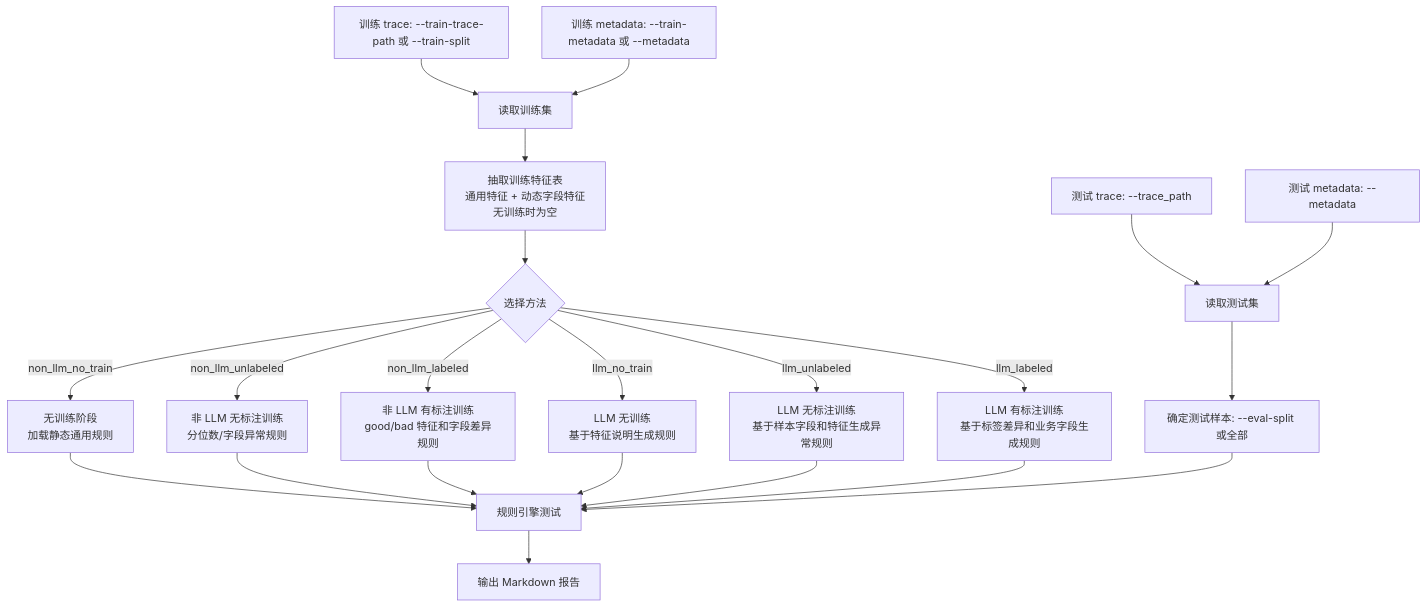
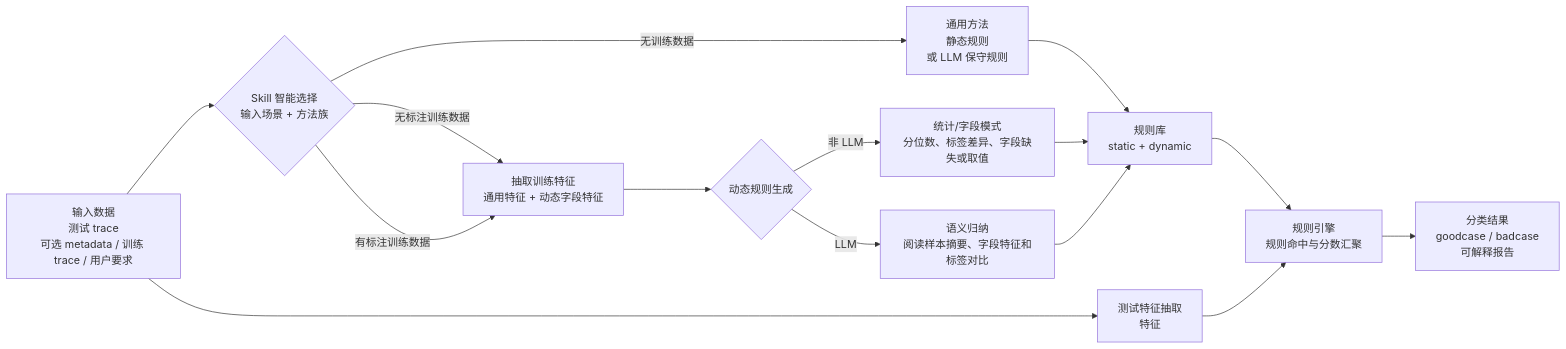
Before and after one commit to hehe03/skills-repo: the diagram in TraceSorter/Readme.md, drawn with Mermaid. The commit also changed other lines of this file, not shown here.

Commit message:
TraceSorter

````diff
--- a/TraceSorter/Readme.md
+++ b/TraceSorter/Readme.md
@@ -86,24 +86,21 @@
 ```mermaid
-flowchart TD
-    A["测试 trace: --trace_path"] --> B["读取测试集"]
-    AM["测试 metadata: --metadata"] --> B
-    T["训练 trace: --train-trace-path 或 --train-split"] --> C["读取训练集"]
-    TM["训练 metadata: --train-metadata 或 --metadata"] --> C
-    B --> D["确定测试样本: --eval-split 或全部"]
-    C --> X["抽取训练特征表<br/>通用特征 + 动态字段特征<br/>无训练时为空"]
-    X --> E{"选择方法"}
-    E -->|non_llm_no_train| F["无训练阶段<br/>加载静态通用规则"]
-    E -->|non_llm_unlabeled| G["非 LLM 无标注训练<br/>分位数/字段异常规则"]
-    E -->|non_llm_labeled| H["非 LLM 有标注训练<br/>good/bad 特征和字段差异规则"]
-    E -->|llm_no_train| I["LLM 无训练<br/>基于特征说明生成规则"]
-    E -->|llm_unlabeled| J["LLM 无标注训练<br/>基于样本字段和特征生成异常规则"]
-    E -->|llm_labeled| K["LLM 有标注训练<br/>基于标签差异和业务字段生成规则"]
-    F --> L["规则引擎测试"]
-    G --> L
-    H --> L
-    I --> L
-    J --> L
-    K --> L
-    D --> L
-    L --> M["输出 Markdown 报告"]
+flowchart LR
+    A["输入数据<br/>测试 trace<br/>可选 metadata / 训练 trace / 用户要求"] --> B{"Skill 智能选择<br/>输入场景 + 方法族"}
+
+    B -->|无训练数据| C["通用方法<br/>静态规则<br/>或 LLM 保守规则"]
+    B -->|无标注训练数据| D["抽取训练特征<br/>通用特征 + 动态字段特征"]
+    B -->|有标注训练数据| D
+
+    D --> E{"动态规则生成"}
+    E -->|非 LLM| F["统计/字段模式<br/>分位数、标签差异、字段缺失或取值"]
+    E -->|LLM| G["语义归纳<br/>阅读样本摘要、字段特征和标签对比"]
+
+    C --> H["规则库<br/>static + dynamic"]
+    F --> H
+    G --> H
+
+    A --> I["测试特征抽取<br/>特征"]
+    H --> J["规则引擎<br/>规则命中与分数汇聚"]
+    I --> J
+    J --> K["分类结果<br/>goodcase / badcase<br/>可解释报告"]
 ```
````
